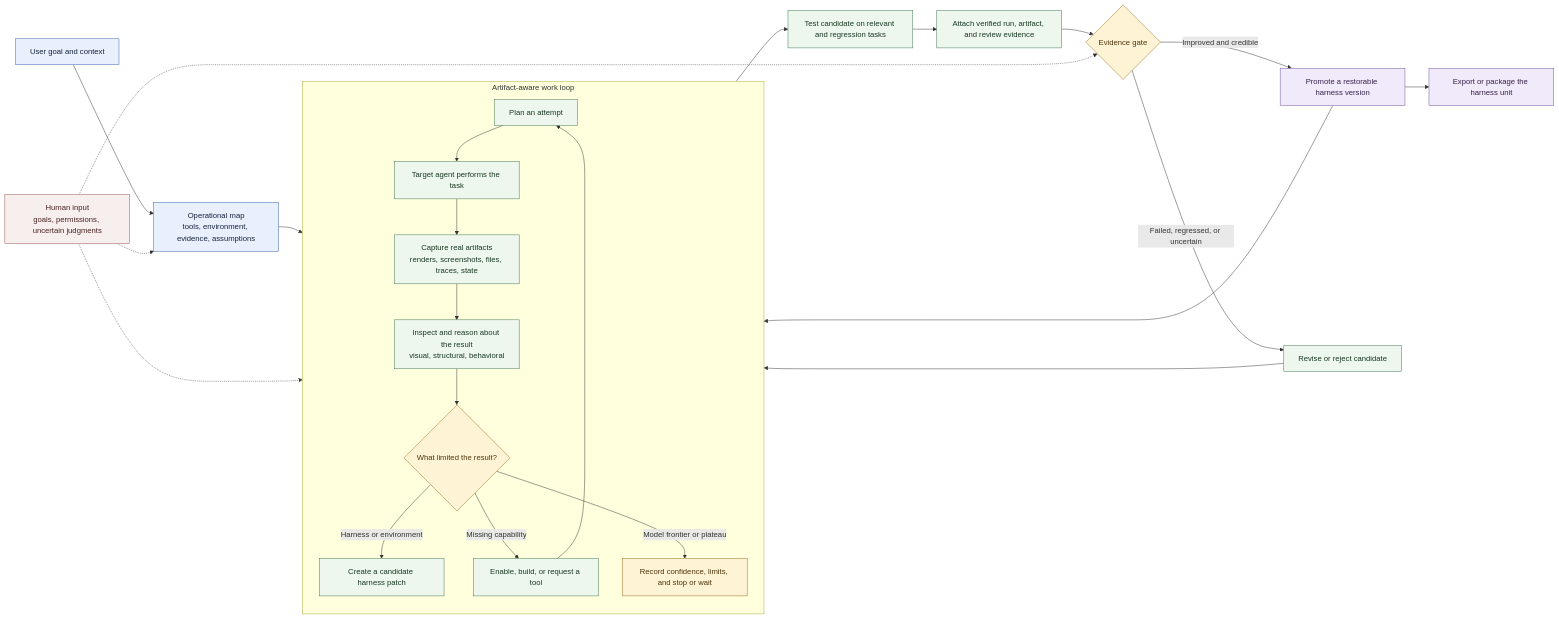
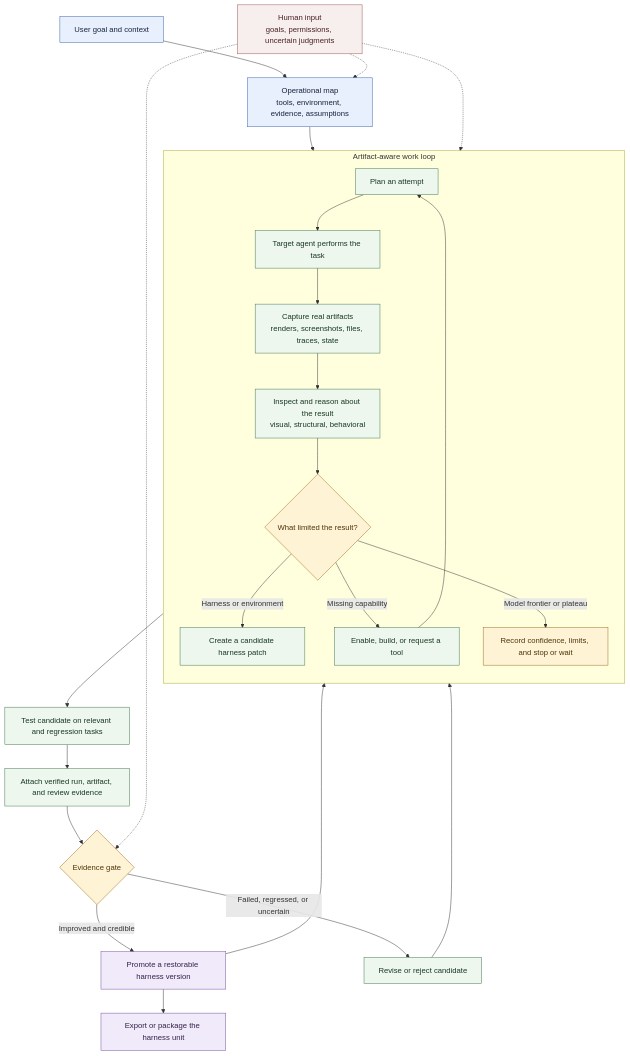
The diagram in docs/framework-process.md (Ker102/Harneloop), drawn with Mermaid before and after one commit. The commit also changed 2 other files, not shown here.

Commit message:
docs: clarify product and agent onboarding

````diff
--- a/docs/framework-process.md
+++ b/docs/framework-process.md
@@ -5,41 +5,41 @@
 ```mermaid
-flowchart LR
+flowchart TD
     U["User goal and context"] --> M["Operational map<br/>tools, environment, evidence, assumptions"]
 
     subgraph W["Artifact-aware work loop"]
         direction TB
         P["Plan an attempt"] --> X["Target agent performs the task"]
         X --> A["Capture real artifacts<br/>renders, screenshots, files, traces, state"]
         A --> I["Inspect and reason about the result<br/>visual, structural, behavioral"]
         I --> D{"What limited the result?"}
         D -->|"Harness or environment"| C["Create a candidate harness patch"]
         D -->|"Missing capability"| G["Enable, build, or request a tool"]
         D -->|"Model frontier or plateau"| S["Record confidence, limits, and stop or wait"]
         G --> P
     end
 
     M --> P
     C --> T["Test candidate on relevant and regression tasks"]
     T --> E["Attach verified run, artifact, and review evidence"]
     E --> Q{"Evidence gate"}
     Q -->|"Improved and credible"| V["Promote a restorable harness version"]
     Q -->|"Failed, regressed, or uncertain"| R["Revise or reject candidate"]
     R --> P
     V --> O["Export or package the harness unit"]
     V --> P
 
     H["Human input<br/>goals, permissions, uncertain judgments"] -.-> M
     H -.-> G
     H -.-> Q
 
     classDef context fill:#e8f0fe,stroke:#3563a9,color:#17233b;
     classDef work fill:#eef7ee,stroke:#3e7550,color:#173822;
     classDef gate fill:#fff3d6,stroke:#9a6b16,color:#4d3509;
     classDef version fill:#f1eafa,stroke:#70519a,color:#342249;
     classDef human fill:#f7eeee,stroke:#9a5656,color:#492222;
     class U,M context;
     class P,X,A,I,C,G,T,E,R work;
     class D,Q,S gate;
     class V,O version;
     class H human;
 ```
````
